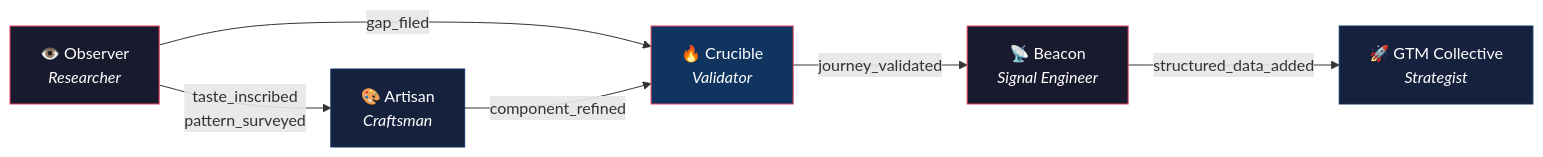
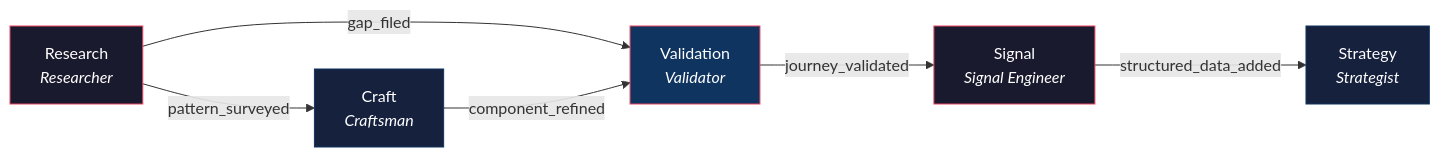
One commit to 0xHoneyJar/loa-constructs changed the fourth of 7 diagrams in README.md. Above: the diagram before and after it, drawn with Mermaid. The commit also changed other lines of this file, not shown here.

````diff
--- a/README.md
+++ b/README.md
@@ -119,14 +173,14 @@
 ```mermaid
 graph LR
-    Observer["👁️ Observer<br/><i>Researcher</i>"] -->|"taste_inscribed<br/>pattern_surveyed"| Artisan["🎨 Artisan<br/><i>Craftsman</i>"]
-    Observer -->|"gap_filed"| Crucible["🔥 Crucible<br/><i>Validator</i>"]
-    Artisan -->|"component_refined"| Crucible
-    Beacon["📡 Beacon<br/><i>Signal Engineer</i>"] -->|"structured_data_added"| GTM["🚀 GTM Collective<br/><i>Strategist</i>"]
-    Crucible -->|"journey_validated"| Beacon
+    R["Research<br/><i>Researcher</i>"] -->|"pattern_surveyed"| C["Craft<br/><i>Craftsman</i>"]
+    R -->|"gap_filed"| V["Validation<br/><i>Validator</i>"]
+    C -->|"component_refined"| V
+    S["Signal<br/><i>Signal Engineer</i>"] -->|"structured_data_added"| G["Strategy<br/><i>Strategist</i>"]
+    V -->|"journey_validated"| S
 
-    style Observer fill:#1a1a2e,stroke:#e94560,color:#fff
-    style Artisan fill:#16213e,stroke:#0f3460,color:#fff
-    style Crucible fill:#0f3460,stroke:#e94560,color:#fff
-    style Beacon fill:#1a1a2e,stroke:#e94560,color:#fff
-    style GTM fill:#16213e,stroke:#0f3460,color:#fff
+    style R fill:#1a1a2e,stroke:#e94560,color:#fff
+    style C fill:#16213e,stroke:#0f3460,color:#fff
+    style V fill:#0f3460,stroke:#e94560,color:#fff
+    style S fill:#1a1a2e,stroke:#e94560,color:#fff
+    style G fill:#16213e,stroke:#0f3460,color:#fff
 ```
````
